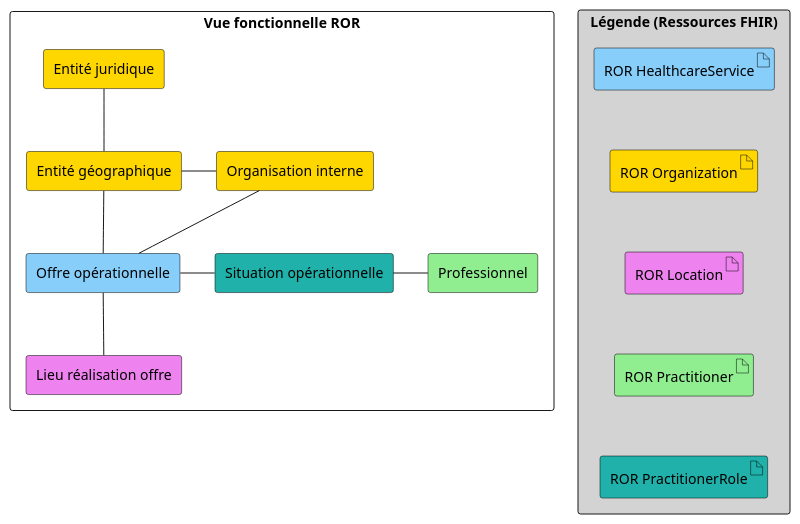
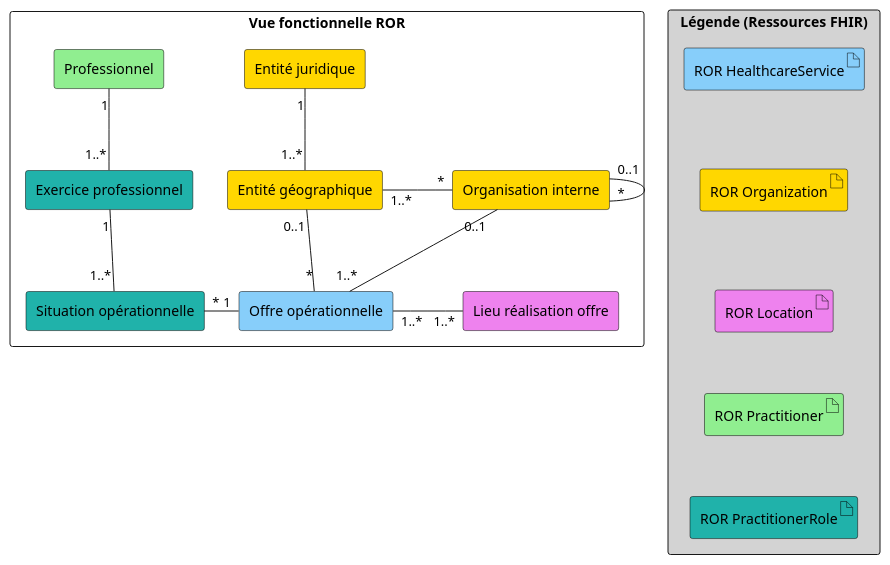
Before and after one commit to ansforge/IG-fhir-repertoire-offre-ressources-sante: the diagram in input/images-source/vue-fonctionnelle-fhir.plantuml, drawn with PlantUML. The commit also changed 5 other files, not shown here.

```diff
--- a/input/images-source/vue-fonctionnelle-fhir.plantuml
+++ b/input/images-source/vue-fonctionnelle-fhir.plantuml
@@ -1,52 +1,56 @@
 @startuml
 
 'Declaration des éléments
 rectangle "Vue fonctionnelle ROR" {
 
     rectangle "Offre opérationnelle" as Offre #LightSkyBlue;line:Black;text:Black
 
     rectangle "Entité juridique" as EJ #Gold;line:Black;text:Black
 
     rectangle "Entité géographique" as EG #Gold;line:Black;text:Black
 
     rectangle "Organisation interne" as OI #Gold;line:Black;text:Black
     
     rectangle "Lieu réalisation offre" as Lieu #Violet;line:Black;text:Black
 
     rectangle "Professionnel" as Professionnel #LightGreen;line:Black;text:Black
 
     rectangle "Situation opérationnelle" as SO #LightSeaGreen;line:Black;text:Black
 
+    rectangle "Exercice professionnel" as Ex  #LightSeaGreen;line:Black;text:Black
+
 }
 
 'Liens entre éléments
-EJ -- EG 
-EG - OI
-EG -- Offre
-OI -- Offre
-Offre -- Lieu
-Offre -  SO 
-SO - Professionnel
+EJ "1"--"1..*" EG : "      " 
+EG "1..*"-"*" OI : "          "
+EG "0..1"--"*" Offre : "      "
+OI "0..1"--"1..*" Offre
+OI "0..1"-"*" OI
+Offre "1..*"-"1..*" Lieu : "          "
+SO "*"-"1" Offre
+Ex "1"--"1..*" SO
+Professionnel "1"--"1..*" Ex
 
 'Légende
 
 rectangle "Légende (Ressources FHIR)" #LightGrey {
     artifact "ROR HealthcareService" as healthcareservice #LightSkyBlue;line:Black;text:Black
     artifact "ROR Location" as location #Violet;line:Black;text:Black
     artifact "ROR Organization" as organization #Gold;line:Black;text:Black
     artifact "ROR Practitioner" as practitioner #LightGreen;line:Black;text:Black
     artifact "ROR PractitionerRole" as practitionerrole #LightSeaGreen;line:black;text:Black
 }
 
 healthcareservice -[hidden]- organization
 organization -[hidden]- location
 location -[hidden]- practitioner
 practitioner -[hidden]- practitionerrole
 
 url of healthcareservice [[StructureDefinition-ror-healthcareservice.html]]
 url of location [[StructureDefinition-ror-location.html]]
 url of organization [[StructureDefinition-ror-organization.html]]
 url of practitioner [[StructureDefinition-ror-practitioner.html]]
 url of practitionerrole [[StructureDefinition-ror-practitionerrole.html]] 
 
 @enduml
```
